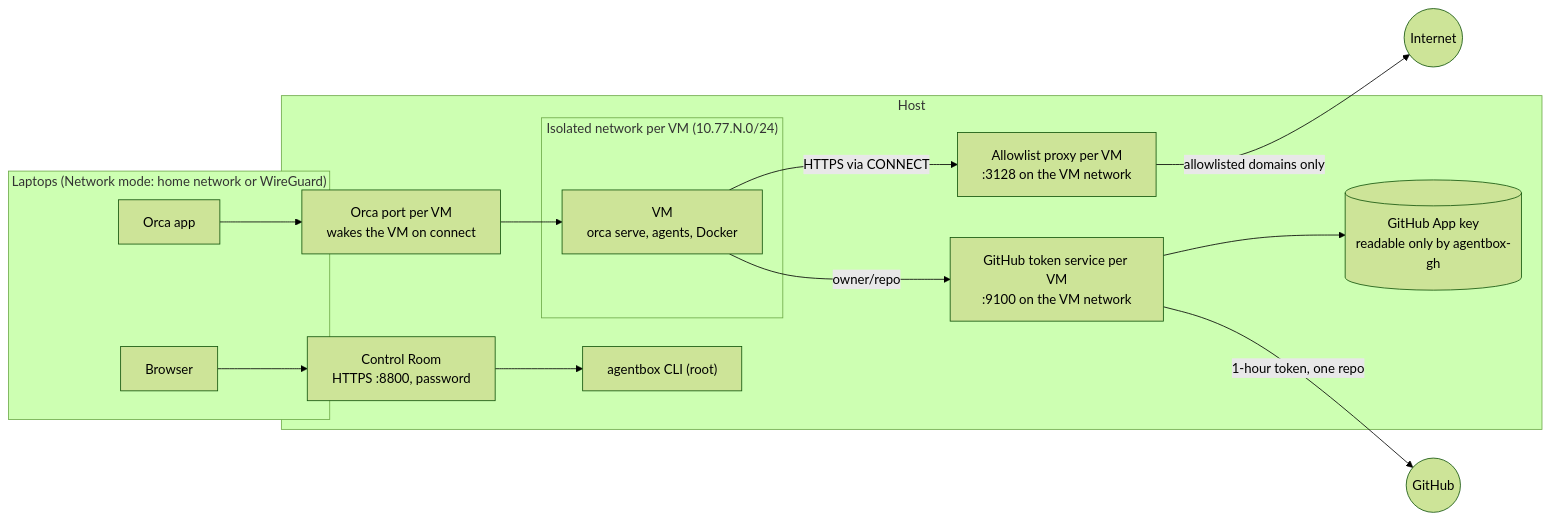
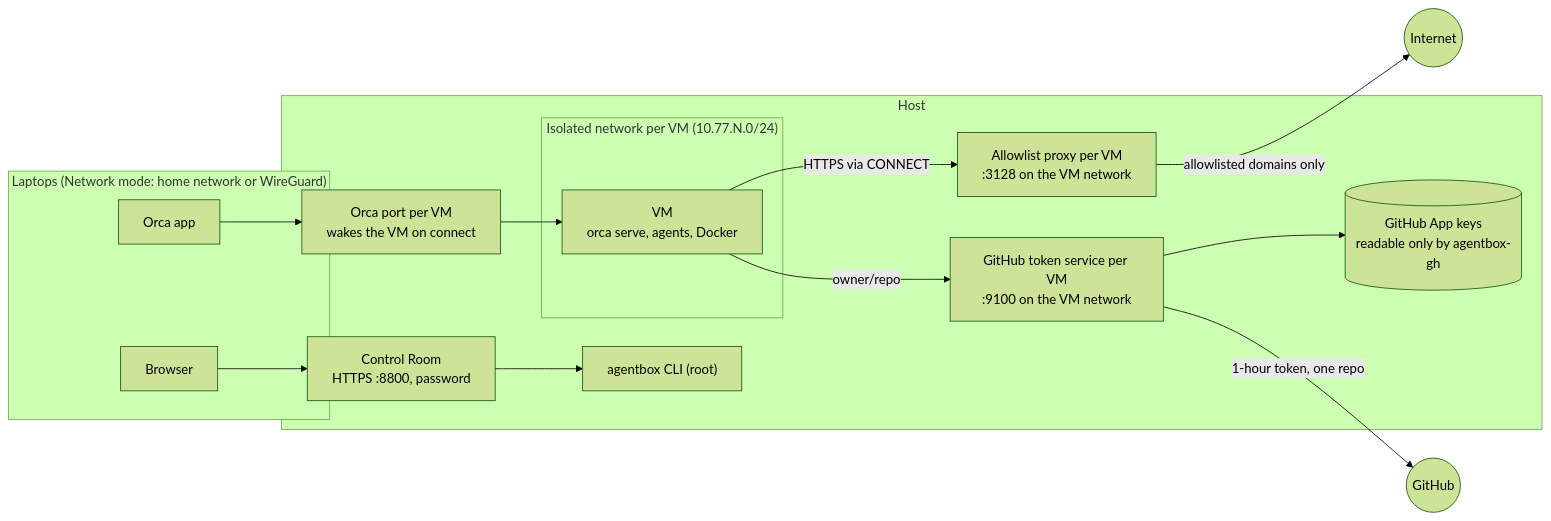
Before and after one commit to likt0r/askos: the diagram in ARCHITECTURE.md, drawn with Mermaid (forest theme). The commit also changed other lines of this file and 25 other files, not shown here.

First line of the commit message:
feat: several GitHub Apps on one Host, the token service picks the App installed on the repository (#26)

````diff
--- a/ARCHITECTURE.md
+++ b/ARCHITECTURE.md
@@ -18,26 +18,26 @@
 ```mermaid
 flowchart LR
   subgraph laptops["Laptops (Network mode: home network or WireGuard)"]
     orca["Orca app"]
     browser["Browser"]
   end
   subgraph host["Host"]
     gui["Orca port per VM<br/>wakes the VM on connect"]
     cr["Control Room<br/>HTTPS :8800, password"]
     cli["agentbox CLI (root)"]
     proxy["Allowlist proxy per VM<br/>:3128 on the VM network"]
     gh["GitHub token service per VM<br/>:9100 on the VM network"]
-    key[("GitHub App key<br/>readable only by agentbox-gh")]
+    key[("GitHub App keys<br/>readable only by agentbox-gh")]
     subgraph vmnet["Isolated network per VM (10.77.N.0/24)"]
       vm["VM<br/>orca serve, agents, Docker"]
     end
   end
   internet(("Internet"))
   github(("GitHub"))
 
   orca --> gui --> vm
   browser --> cr --> cli
   vm -- "HTTPS via CONNECT" --> proxy -- "allowlisted domains only" --> internet
   vm -- "owner/repo" --> gh --> key
   gh -- "1-hour token, one repo" --> github
 ```
````
